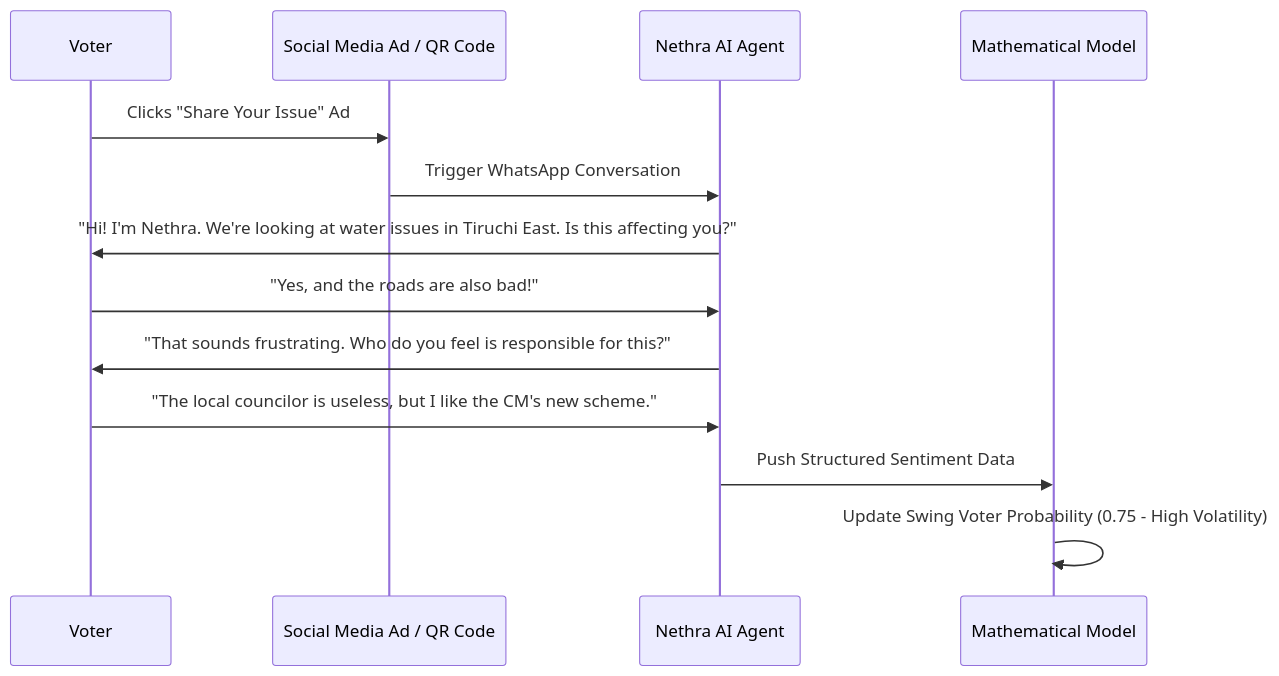
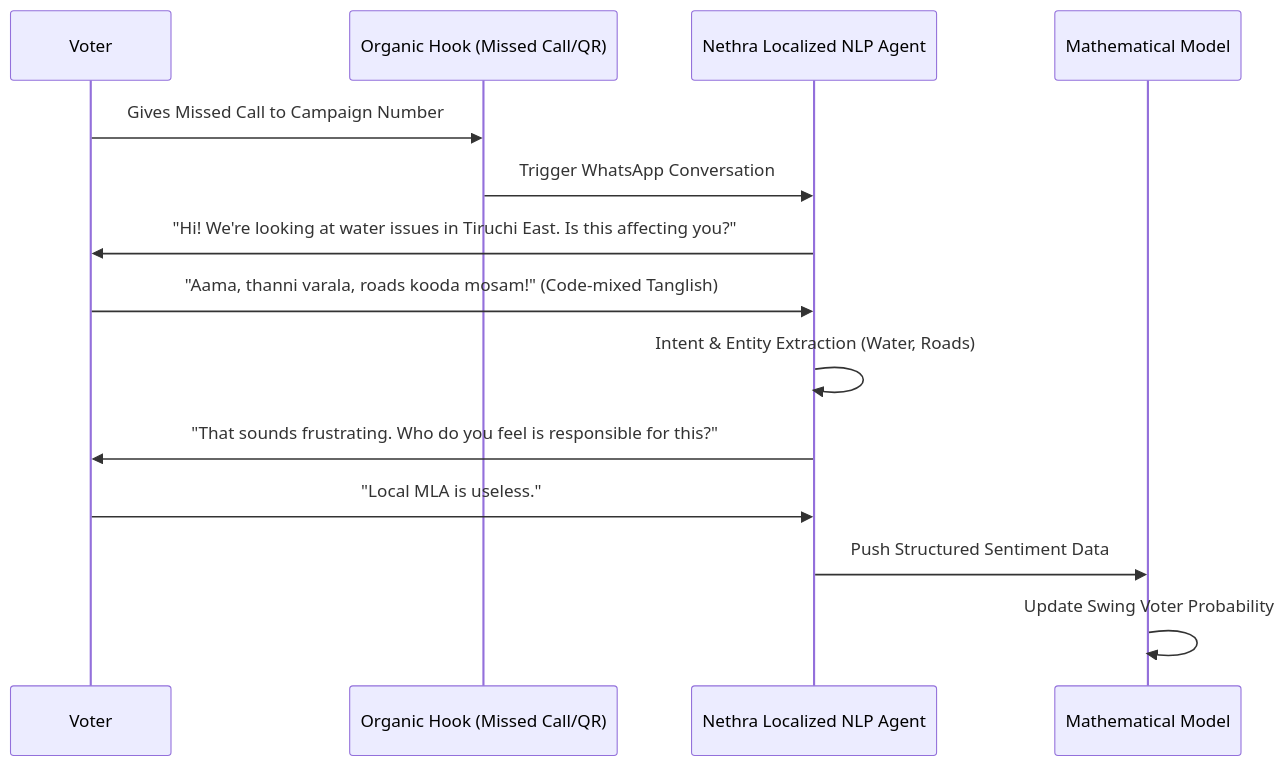
Before and after one commit to pramodcbabu/debaz: the diagram in nethra/docs/survey_design_engine.md, drawn with Mermaid. The commit also changed other lines of this file and 4 other files, not shown here.

````diff
--- a/nethra/docs/survey_design_engine.md
+++ b/nethra/docs/survey_design_engine.md
@@ -12,16 +11,17 @@
 ```mermaid
 sequenceDiagram
     participant V as Voter
-    participant A as Social Media Ad / QR Code
-    participant N as Nethra AI Agent
+    participant A as Organic Hook (Missed Call/QR)
+    participant N as Nethra Localized NLP Agent
     participant M as Mathematical Model
     
-    V->>A: Clicks "Share Your Issue" Ad
+    V->>A: Gives Missed Call to Campaign Number
     A->>N: Trigger WhatsApp Conversation
-    N->>V: "Hi! I'm Nethra. We're looking at water issues in Tiruchi East. Is this affecting you?"
-    V->>N: "Yes, and the roads are also bad!"
+    N->>V: "Hi! We're looking at water issues in Tiruchi East. Is this affecting you?"
+    V->>N: "Aama, thanni varala, roads kooda mosam!" (Code-mixed Tanglish)
+    N->>N: Intent & Entity Extraction (Water, Roads)
     N->>V: "That sounds frustrating. Who do you feel is responsible for this?"
-    V->>N: "The local councilor is useless, but I like the CM's new scheme."
+    V->>N: "Local MLA is useless."
     N->>M: Push Structured Sentiment Data
-    M->>M: Update Swing Voter Probability (0.75 - High Volatility)
+    M->>M: Update Swing Voter Probability
 ```
````
